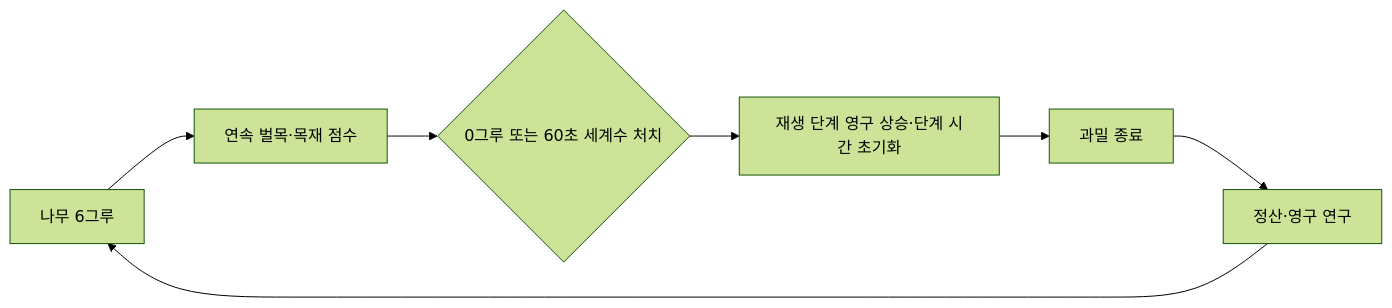
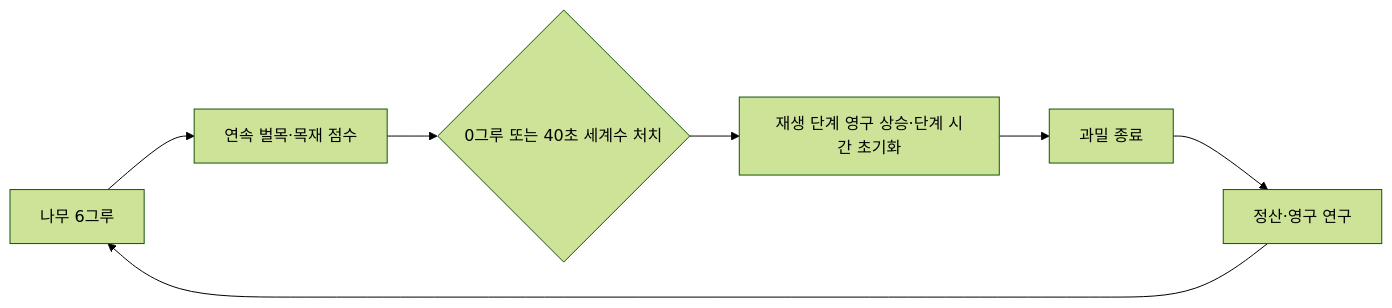
One commit to hyunsuhahaha/def_game changed the diagram in docs/SCORE_ATTACK_META_LOOP.md. Above: the diagram before and after it, drawn with Mermaid (forest theme). The commit also changed other lines of this file and 6 other files, not shown here.

````diff
--- a/docs/SCORE_ATTACK_META_LOOP.md
+++ b/docs/SCORE_ATTACK_META_LOOP.md
@@ -17,9 +17,9 @@
 ```mermaid
 flowchart LR
     A[나무 6그루] --> B[연속 벌목·목재 점수]
-    B --> D{0그루 또는 60초 세계수 처치}
+    B --> D{0그루 또는 40초 세계수 처치}
     D --> G[재생 단계 영구 상승·단계 시간 초기화]
     G --> E[과밀 종료]
     E --> F[정산·영구 연구]
     F --> A
 ```
````
